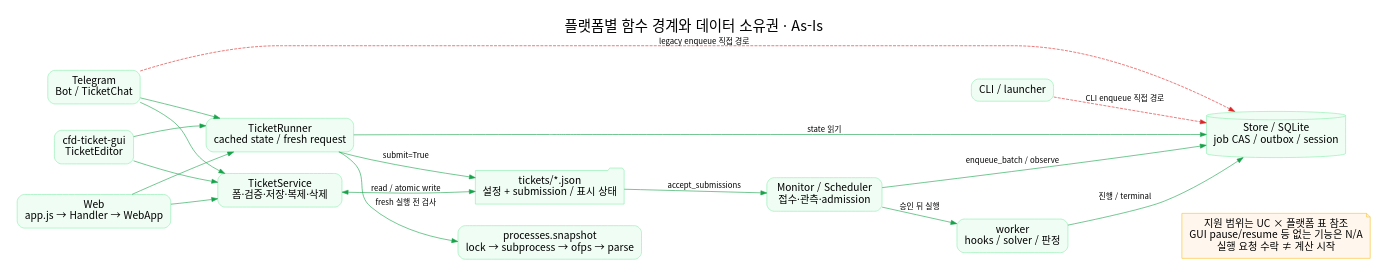
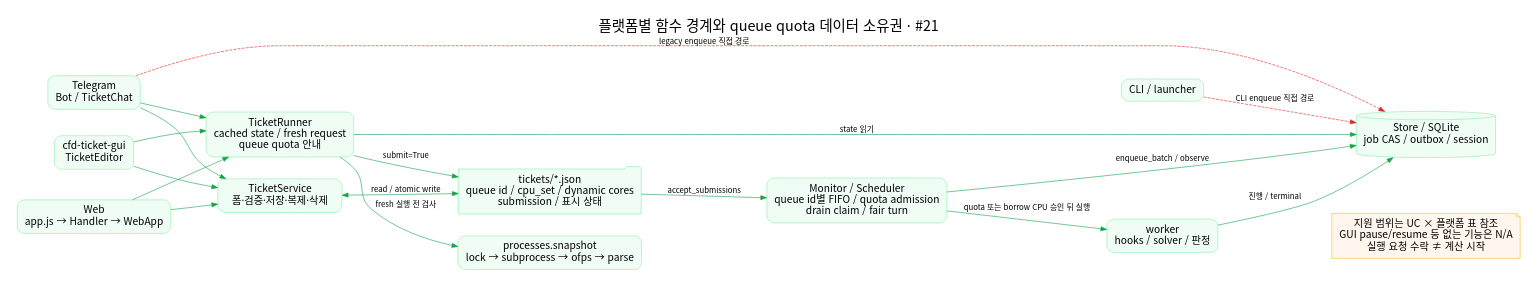
One commit to jo0n-lab/cfd-bot changed the diagram in docs/diagrams/platform-architecture.dot. Above: the diagram before and after it, drawn with Graphviz. The commit also changed 57 other files, not shown here.

Commit message:
Add named queue quotas and dynamic macros

```diff
--- a/docs/diagrams/platform-architecture.dot
+++ b/docs/diagrams/platform-architecture.dot
@@ -1,30 +1,30 @@
 digraph platform {
- graph [rankdir=LR,bgcolor=white,pad=.3,nodesep=.5,ranksep=.8,fontname="Noto Sans CJK KR",fontsize=24,label="플랫폼별 함수 경계와 데이터 소유권 · As-Is",labelloc=t];
+ graph [rankdir=LR,bgcolor=white,pad=.3,nodesep=.5,ranksep=.8,fontname="Noto Sans CJK KR",fontsize=24,label="플랫폼별 함수 경계와 queue quota 데이터 소유권 · #21",labelloc=t];
  node [shape=box,style="rounded,filled",fillcolor="#f0fdf4",color="#86efac",fontname="Noto Sans CJK KR",fontsize=17,margin=".18,.12"];
  edge [fontname="Noto Sans CJK KR",fontsize=13,color="#16a34a"];
  tg [label="Telegram\nBot / TicketChat",URL="lld/telegram.md"];
  gui [label="cfd-ticket-gui\nTicketEditor",URL="lld/gui.md"];
  web [label="Web\napp.js → Handler → WebApp",URL="lld/web.md"];
  cli [label="CLI / launcher",URL="lld/runtime.md"];
  service [label="TicketService\n폼·검증·저장·복제·삭제",URL="diagrams/D-02.svg"];
- run [label="TicketRunner\ncached state / fresh request",URL="diagrams/D-03.svg"];
+ run [label="TicketRunner\ncached state / fresh request\nqueue quota 안내",URL="diagrams/D-03.svg"];
  store [shape=cylinder,label="Store / SQLite\njob CAS / outbox / session"];
- json [shape=folder,label="tickets/*.json\n설정 + submission / 표시 상태"];
+ json [shape=folder,label="tickets/*.json\nqueue id / cpu_set / dynamic cores\nsubmission / 표시 상태"];
  snapshot [label="processes.snapshot\nlock → subprocess → ofps → parse",URL="diagrams/D-04.svg"];
- monitor [label="Monitor / Scheduler\n접수·관측·admission",URL="diagrams/BG-02.svg"];
+ monitor [label="Monitor / Scheduler\nqueue id별 FIFO / quota admission\ndrain claim / fair turn",URL="diagrams/BG-04.svg"];
  worker [label="worker\nhooks / solver / 판정",URL="diagrams/BG-05.svg"];
  tg -> service;gui -> service;web -> service;
  tg -> run;gui -> run;web -> run;
  service -> json [label="read / atomic write",dir=both];
  run -> snapshot [label="fresh 실행 전 검사"];
  run -> json [label="submit=True"];
  run -> store [label="state 읽기"];
  json -> monitor [label="accept_submissions"];
  monitor -> store [label="enqueue_batch / observe"];
- monitor -> worker [label="승인 뒤 실행"];
+ monitor -> worker [label="quota 또는 borrow CPU 승인 뒤 실행"];
  worker -> store [label="진행 / terminal"];
  tg -> store [label="legacy enqueue 직접 경로",color="#dc2626",style=dashed];
  cli -> store [label="CLI enqueue 직접 경로",color="#dc2626",style=dashed];
  note [shape=note,label="지원 범위는 UC × 플랫폼 표 참조\nGUI pause/resume 등 없는 기능은 N/A\n실행 요청 수락 ≠ 계산 시작",fillcolor="#fff7ed",color="#fbbf24"];
  worker -> note [style=invis];
 }
```
